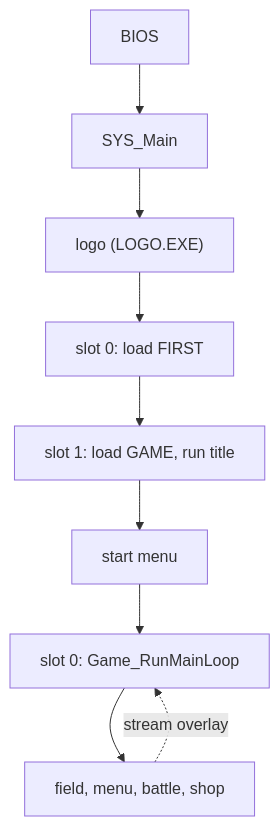
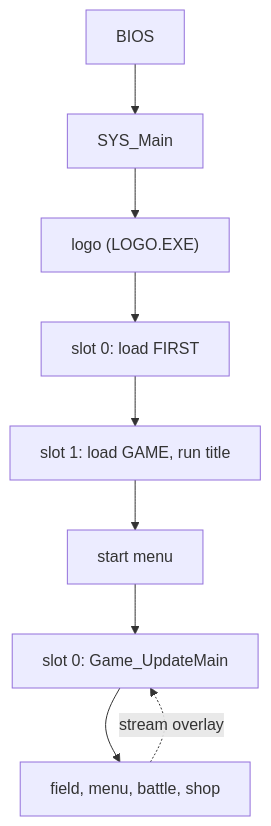
One commit to raulcorreia7/bof3-wiki changed the diagram in src/content/docs/concepts/architecture.md. Above: the diagram before and after it, drawn with Mermaid. The commit also changed other lines of this file and 29 other files, not shown here.

````diff
--- a/src/content/docs/concepts/architecture.md
+++ b/src/content/docs/concepts/architecture.md
@@ -18,11 +18,11 @@
 ```mermaid
 flowchart TD
     bios["BIOS"] --> main["SYS_Main"]
     main --> logo["logo (LOGO.EXE)"]
     logo --> first["slot 0: load FIRST"]
     first --> game["slot 1: load GAME, run title"]
     game --> menu["start menu"]
-    menu --> loop["slot 0: Game_RunMainLoop"]
+    menu --> loop["slot 0: Game_UpdateMain"]
     loop --> field["field, menu, battle, shop"]
     field -. "stream overlay" .-> loop
 ```
````
